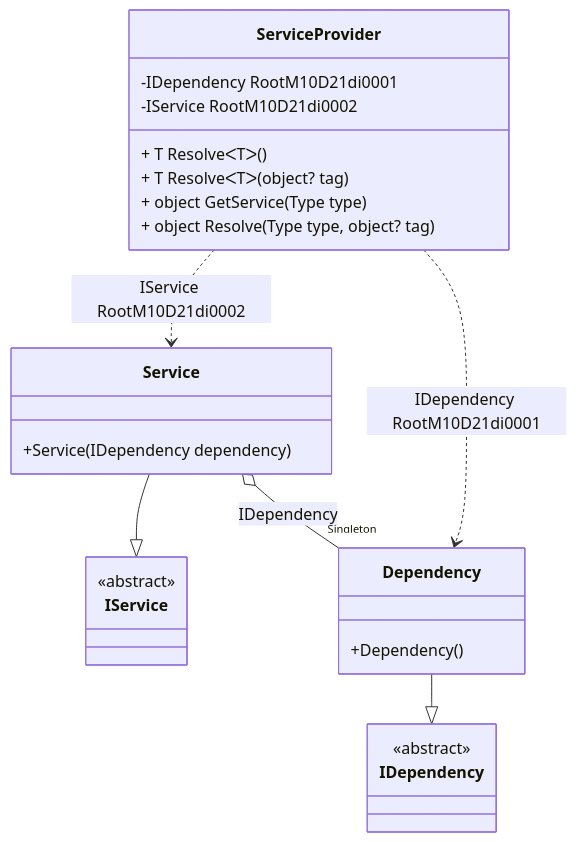
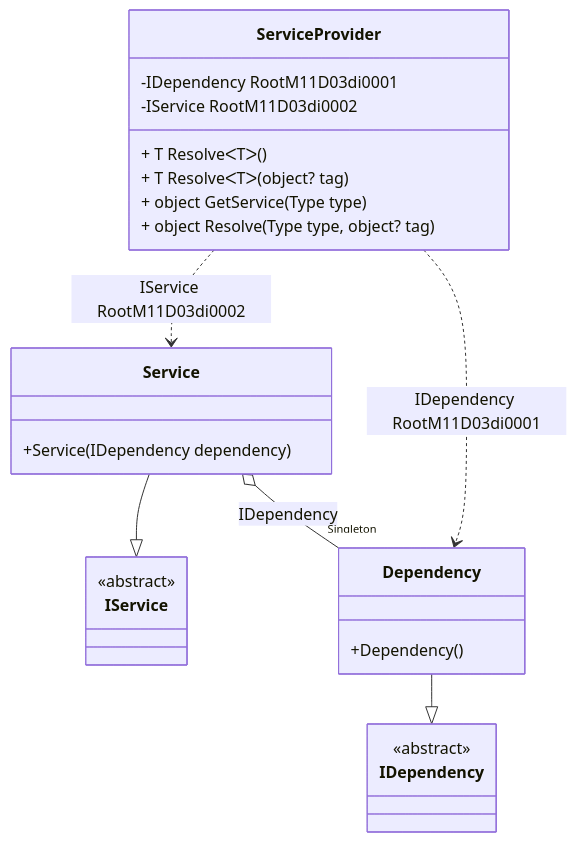
One commit to DevTeam/Pure.DI changed the diagram in readme/service-provider.md. Above: the diagram before and after it, drawn with Mermaid. The commit also changed other lines of this file and 70 other files, not shown here.

````diff
--- a/readme/service-provider.md
+++ b/readme/service-provider.md
@@ -49,28 +49,28 @@
 ```mermaid
 classDiagram
   class ServiceProvider {
-    -IDependency RootM10D21di0001
-    -IService RootM10D21di0002
+    -IDependency RootM11D03di0001
+    -IService RootM11D03di0002
     + T ResolveᐸTᐳ()
     + T ResolveᐸTᐳ(object? tag)
     + object GetService(Type type)
     + object Resolve(Type type, object? tag)
   }
   Service --|> IService : 
   class Service {
     +Service(IDependency dependency)
   }
   Dependency --|> IDependency : 
   class Dependency {
     +Dependency()
   }
   class IService {
     <<abstract>>
   }
   class IDependency {
     <<abstract>>
   }
   Service o--  "Singleton" Dependency : IDependency
-  ServiceProvider ..> Dependency : IDependency RootM10D21di0001
-  ServiceProvider ..> Service : IService RootM10D21di0002
+  ServiceProvider ..> Dependency : IDependency RootM11D03di0001
+  ServiceProvider ..> Service : IService RootM11D03di0002
 ```
````
